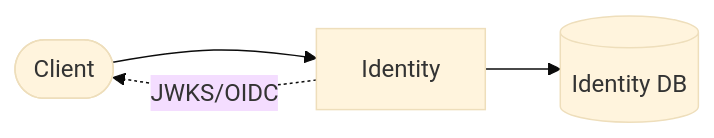
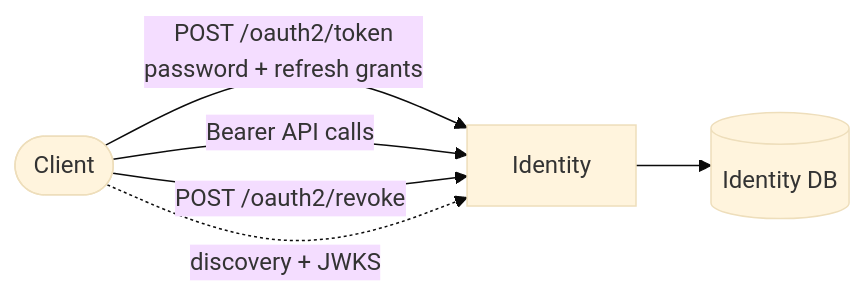
Before and after one commit to johang13/JOrder: the first of 2 diagrams in README.md, drawn with Mermaid (base theme). The commit also changed other lines of this file and 13 other files, not shown here.

Commit message:
Refactor OAuth2 implementation and enhance token handling

````diff
--- a/README.md
+++ b/README.md
@@ -29,6 +29,8 @@
 ```mermaid
 flowchart LR
-    C([Client]) --> ID[Identity]
+    C([Client]) -->|POST /oauth2/token<br/>password + refresh grants| ID[Identity]
+    C -->|Bearer API calls| ID
+    C -->|POST /oauth2/revoke| ID
     ID --> IDDB[(Identity DB)]
-    ID -. JWKS/OIDC .-> C
+    C -. discovery + JWKS .-> ID
 ```
````
